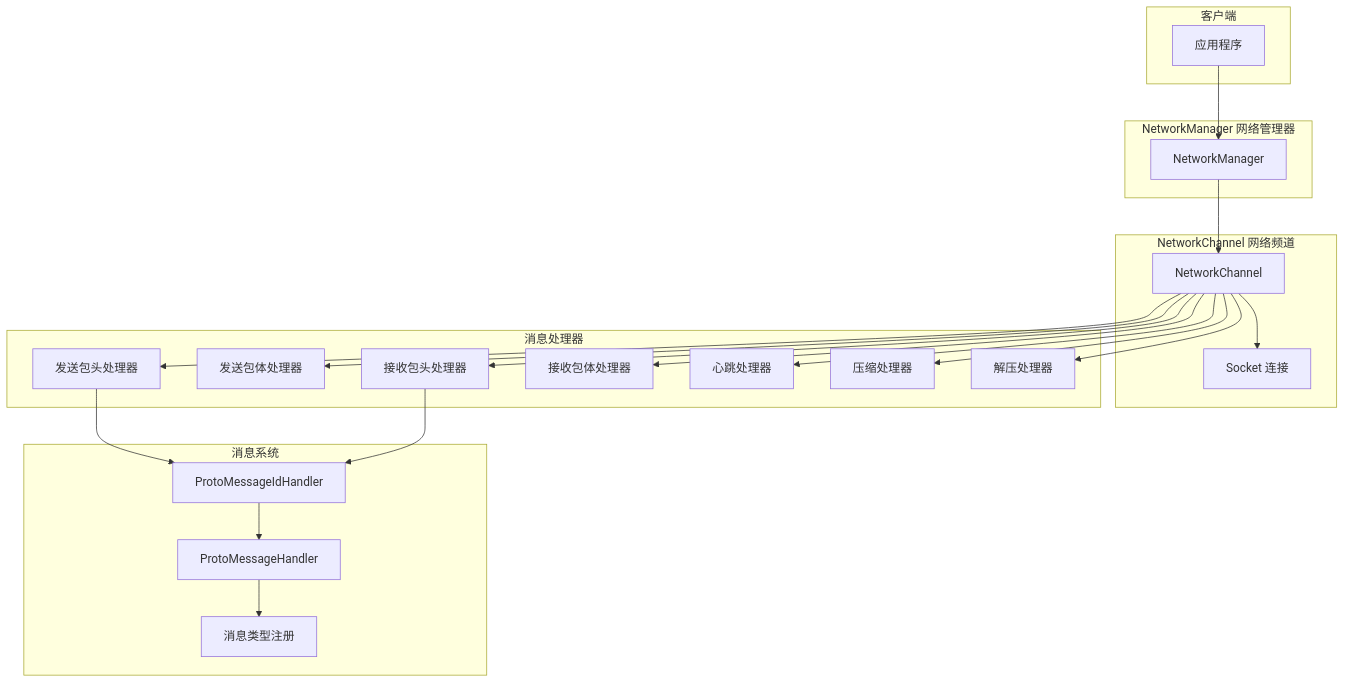
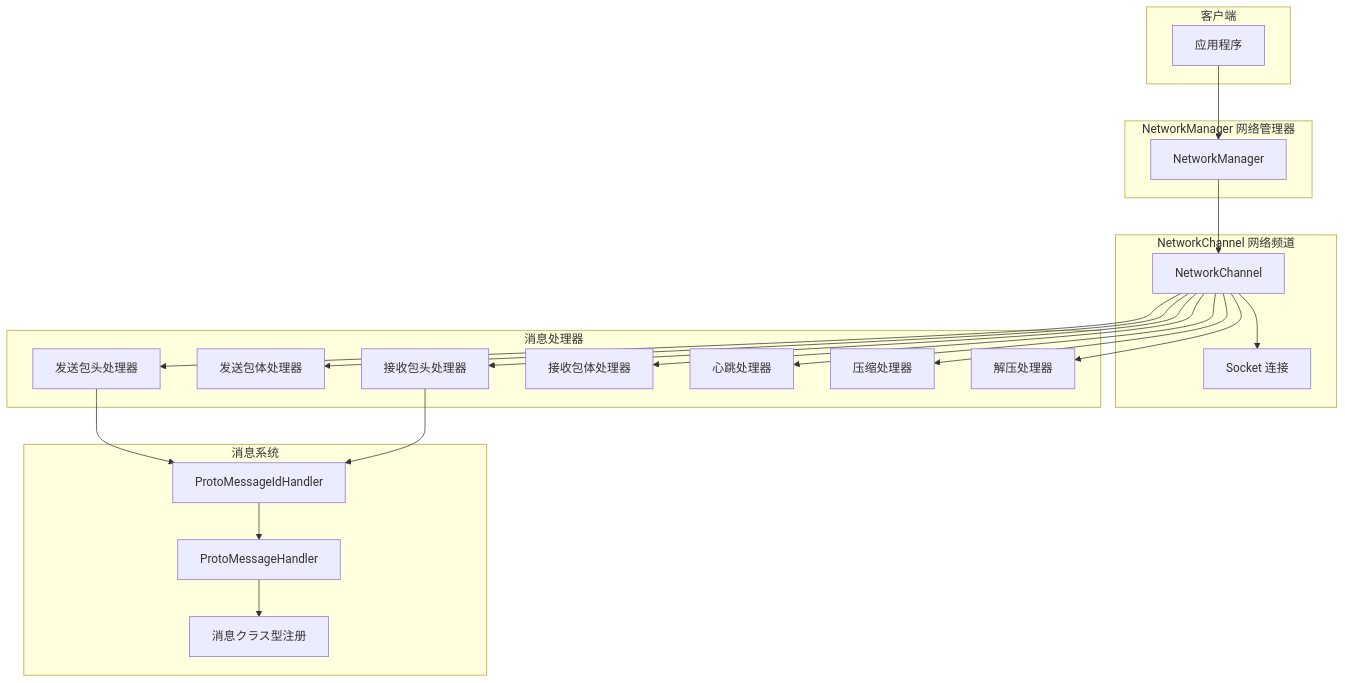
The first of 3 diagrams in docs/ja/client/unity/component/network/03.getting-started.md (AlianBlank/GameFrameX.Docs), drawn with Mermaid before and after one commit. The commit also changed other lines of this file and 603 other files, not shown here.

````diff
--- a/docs/ja/client/unity/component/network/03.getting-started.md
+++ b/docs/ja/client/unity/component/network/03.getting-started.md
@@ -16,46 +16,46 @@
 ```mermaid
 graph TD
     subgraph Client["客户端"]
         App[应用程序]
     end
 
     subgraph NetworkManager["NetworkManager 网络管理器"]
         NM[NetworkManager]
     end
 
     subgraph NetworkChannel["NetworkChannel 网络频道"]
         NC[NetworkChannel]
         Socket[Socket 连接]
     end
 
     subgraph Handlers["消息处理器"]
         SendHeader[发送包头处理器]
         SendBody[发送包体处理器]
         RecvHeader[接收包头处理器]
         RecvBody[接收包体处理器]
         HeartBeat[心跳处理器]
         Compress[压缩处理器]
         Decompress[解压处理器]
     end
 
     subgraph Message["消息系统"]
         ProtoId[ProtoMessageIdHandler]
         ProtoHandler[ProtoMessageHandler]
-        MsgTypes[消息类型注册]
+        MsgTypes[消息クラス型注册]
     end
 
     App --> NM
     NM --> NC
     NC --> Socket
     NC --> SendHeader
     NC --> SendBody
     NC --> RecvHeader
     NC --> RecvBody
     NC --> HeartBeat
     NC --> Compress
     NC --> Decompress
     SendHeader --> ProtoId
     RecvHeader --> ProtoId
     ProtoId --> ProtoHandler
     ProtoHandler --> MsgTypes
 ```
````
